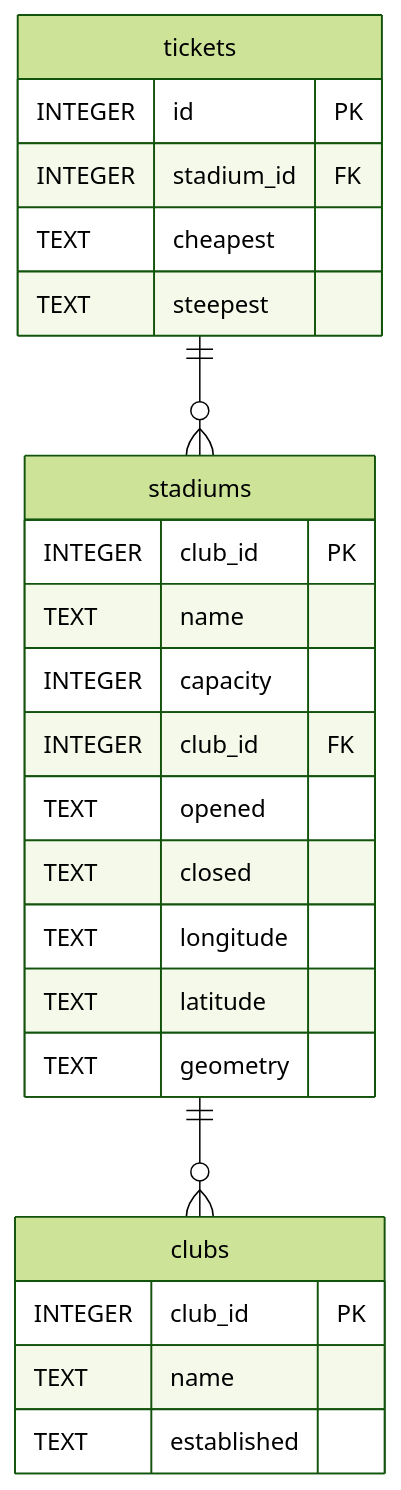
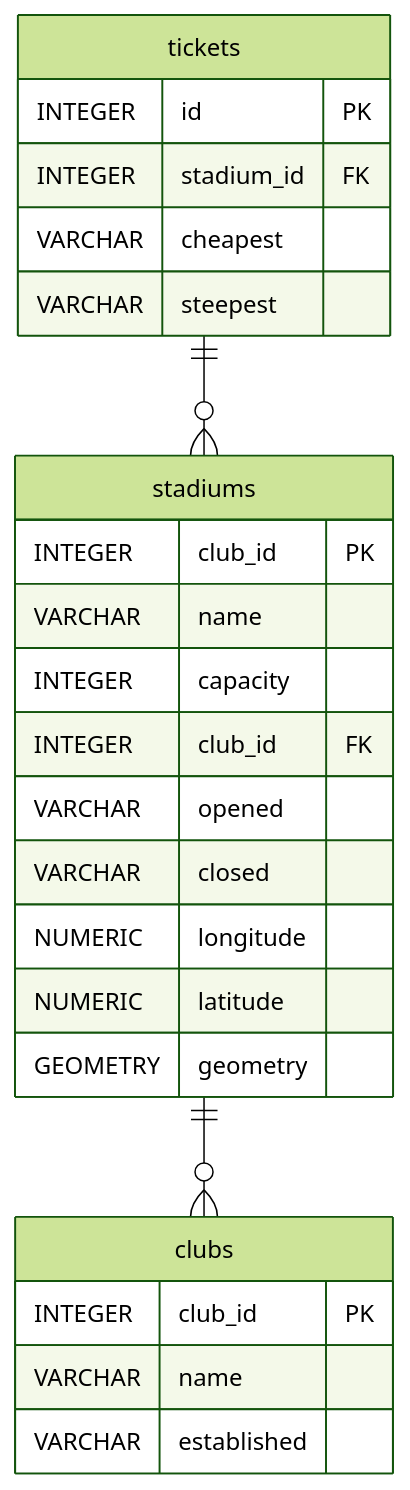
The diagram in README.md (liamcrismani/premier-league-stadiums), drawn with Mermaid (forest theme) before and after one commit. The commit also changed other lines of this file, not shown here.

````diff
--- a/README.md
+++ b/README.md
@@ -79,30 +88,30 @@
 ```mermaid
 erDiagram
 	stadiums ||--o{ clubs : ""
 	tickets ||--o{ stadiums : ""
 
 	clubs {
 		INTEGER club_id PK
-		TEXT name
-		TEXT established
+		VARCHAR name
+		VARCHAR established
 	}
 
 	stadiums {
 		INTEGER club_id PK
-		TEXT name
+		VARCHAR name
 		INTEGER capacity 
 		INTEGER club_id FK
-		TEXT opened
-		TEXT closed
-		TEXT longitude
-		TEXT latitude
-		TEXT geometry
+		VARCHAR opened
+		VARCHAR closed
+		NUMERIC longitude
+		NUMERIC latitude
+		GEOMETRY geometry
 	}
 
 	tickets {
 		INTEGER id PK
 		INTEGER stadium_id FK
-		TEXT cheapest
-		TEXT steepest
+		VARCHAR cheapest
+		VARCHAR steepest
 	}
 ```
````
